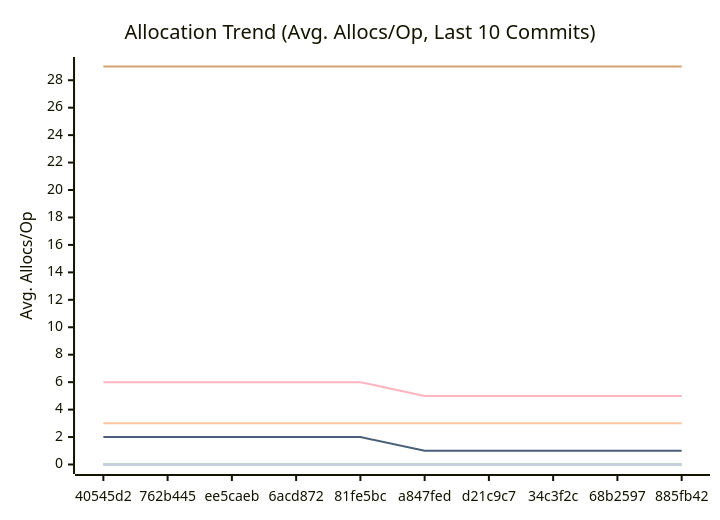
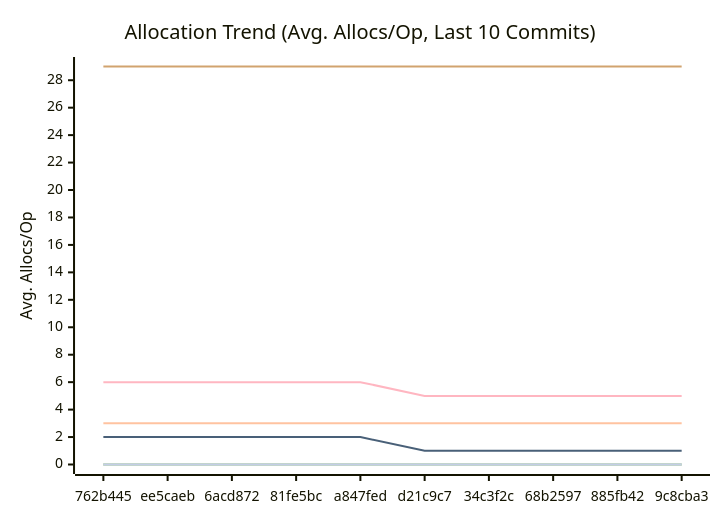
Before and after one commit to alsotoes/momo: the third of 3 diagrams in docs/PERFORMANCE.md, drawn with Mermaid. The commit also changed other lines of this file and 2 other files, not shown here.

````diff
--- a/docs/PERFORMANCE.md
+++ b/docs/PERFORMANCE.md
@@ -114,16 +114,16 @@
 ```mermaid
 xychart-beta
     title "Allocation Trend (Avg. Allocs/Op, Last 10 Commits)"
     x-axis "Commit"
     y-axis "Avg. Allocs/Op"
-    x-axis [40545d2,762b445,ee5caeb,6acd872,81fe5bc,a847fed,d21c9c7,34c3f2c,68b2597,885fb42]
+    x-axis [762b445,ee5caeb,6acd872,81fe5bc,a847fed,d21c9c7,34c3f2c,68b2597,885fb42,9c8cba3]
     line "CheckMetricsAndSwap" [0,0,0,0,0,0,0,0,0,0]
     line "CrushOptimized" [0,0,0,0,0,0,0,0,0,0]
     line "CrushOriginal" [3,3,3,3,3,3,3,3,3,3]
     line "IndexDirectTracking" [0,0,0,0,0,0,0,0,0,0]
     line "IndexSearch" [0,0,0,0,0,0,0,0,0,0]
     line "LoadGlobalConfig" [29,29,29,29,29,29,29,29,29,29]
     line "PadString" [0,0,0,0,0,0,0,0,0,0]
     line "ParseReplicationOrder_NoPrealloc" [6,6,6,6,6,5,5,5,5,5]
     line "ParseReplicationOrder_Prealloc" [2,2,2,2,2,1,1,1,1,1]
 ```
````
